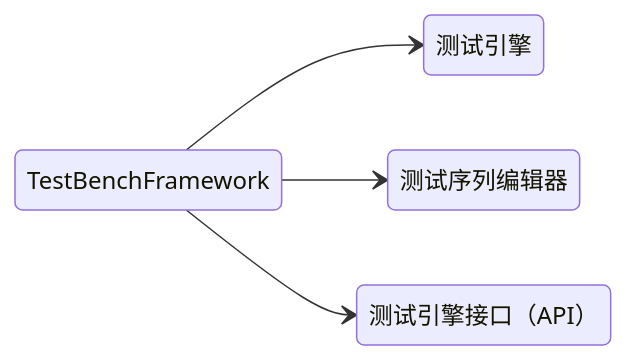
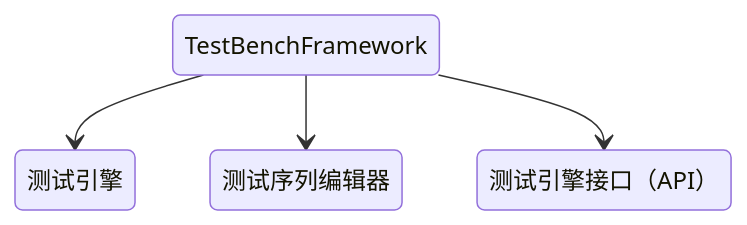
One commit to XiongXinwei-code/test-bench-framework changed the first of 2 diagrams in docs/_docs/框架概览.md. Above: the diagram before and after it, drawn with Mermaid.

````diff
--- a/docs/_docs/框架概览.md
+++ b/docs/_docs/框架概览.md
@@ -12,7 +12,6 @@
 ```mermaid
 stateDiagram
-    direction LR
     TestBenchFramework --> 测试引擎
     TestBenchFramework --> 测试序列编辑器
     TestBenchFramework --> 测试引擎接口（API）
 ```
````
